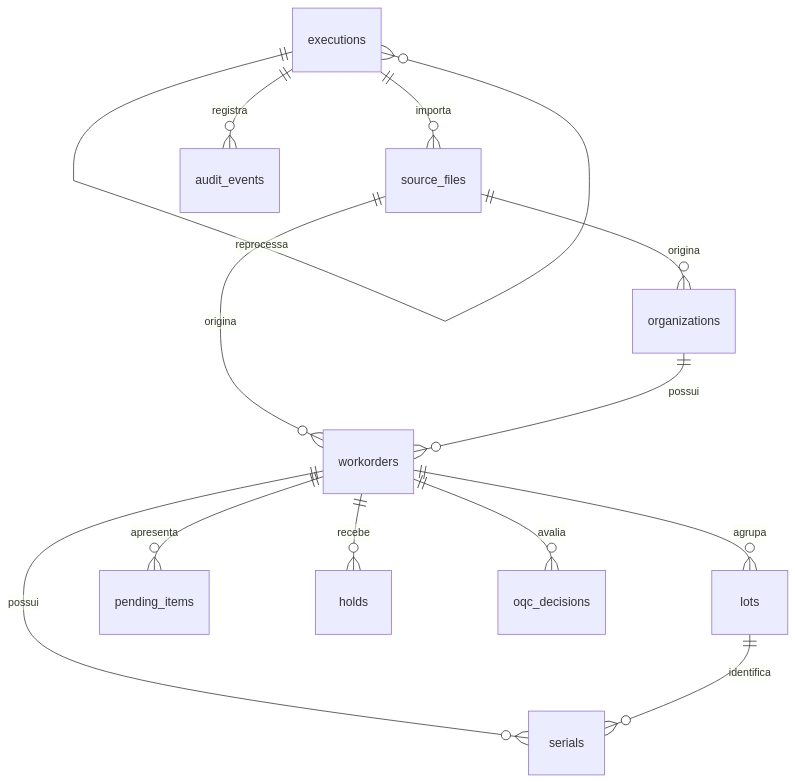
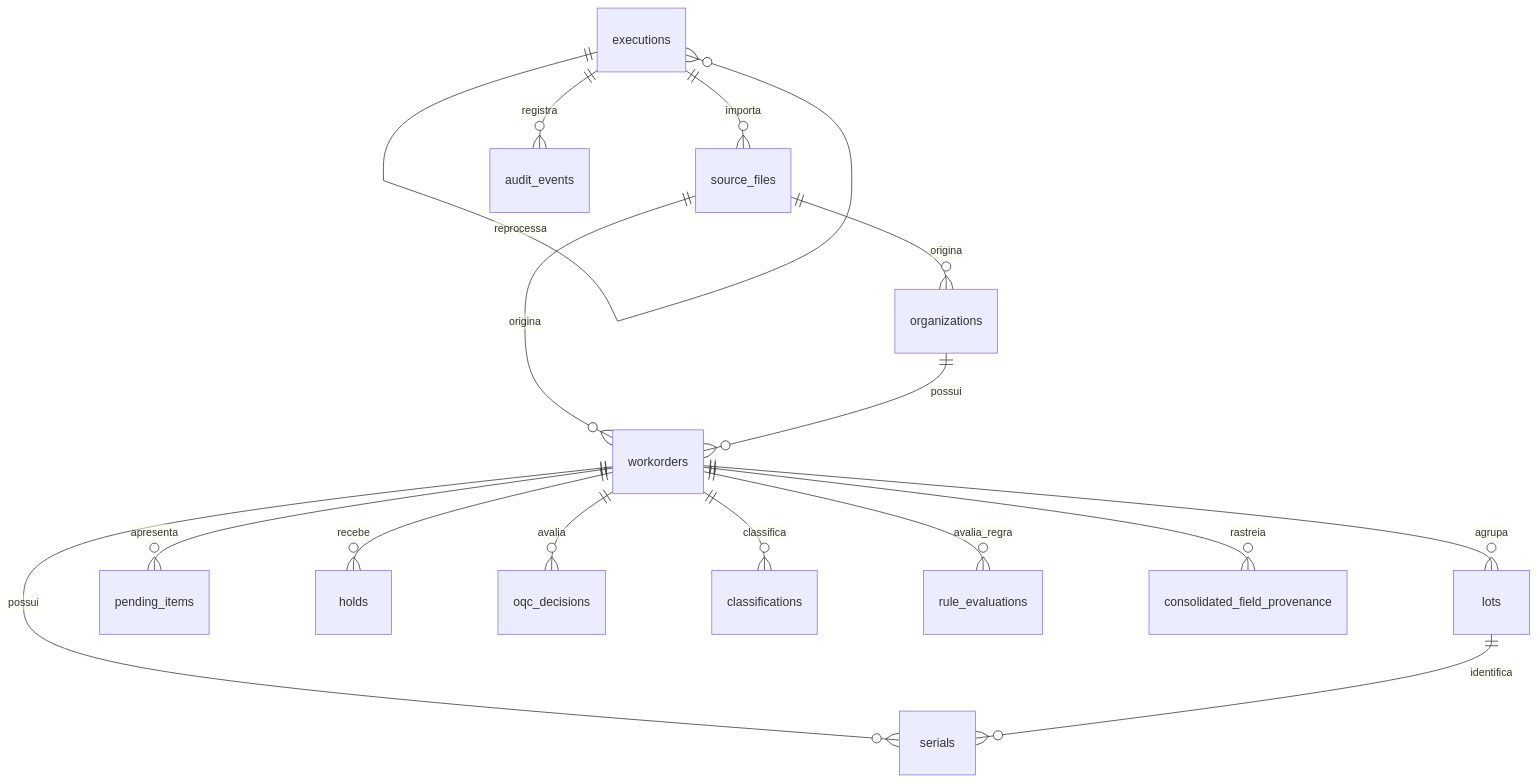
The diagram in database/README.md (g-f307/synergia), drawn with Mermaid before and after one commit. The commit also changed other lines of this file and 10 other files, not shown here.

````diff
--- a/database/README.md
+++ b/database/README.md
@@ -40,15 +50,18 @@
 ```mermaid
 erDiagram
     executions ||--o{ executions : reprocessa
     executions ||--o{ source_files : importa
     source_files ||--o{ organizations : origina
     source_files ||--o{ workorders : origina
     organizations ||--o{ workorders : possui
     workorders ||--o{ lots : agrupa
     workorders ||--o{ serials : possui
     lots ||--o{ serials : identifica
     workorders ||--o{ pending_items : apresenta
     workorders ||--o{ holds : recebe
     workorders ||--o{ oqc_decisions : avalia
+    workorders ||--o{ classifications : classifica
+    workorders ||--o{ rule_evaluations : avalia_regra
+    workorders ||--o{ consolidated_field_provenance : rastreia
     executions ||--o{ audit_events : registra
 ```
````
